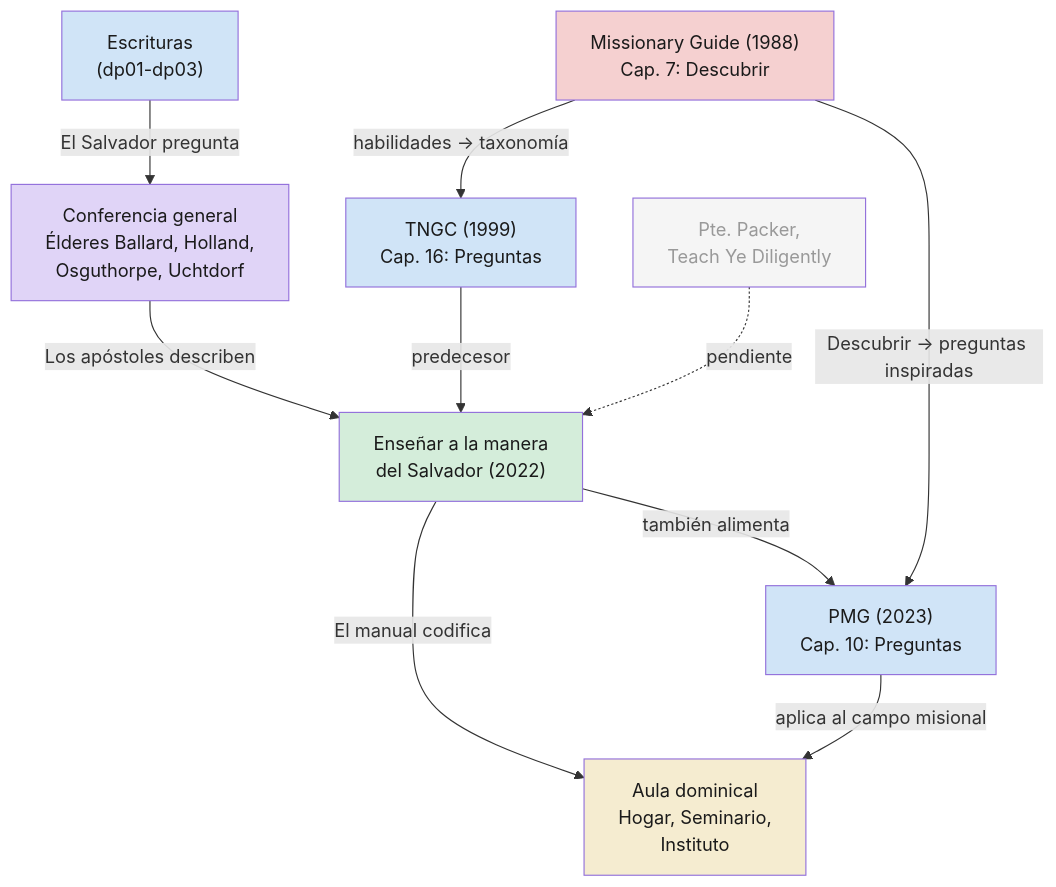
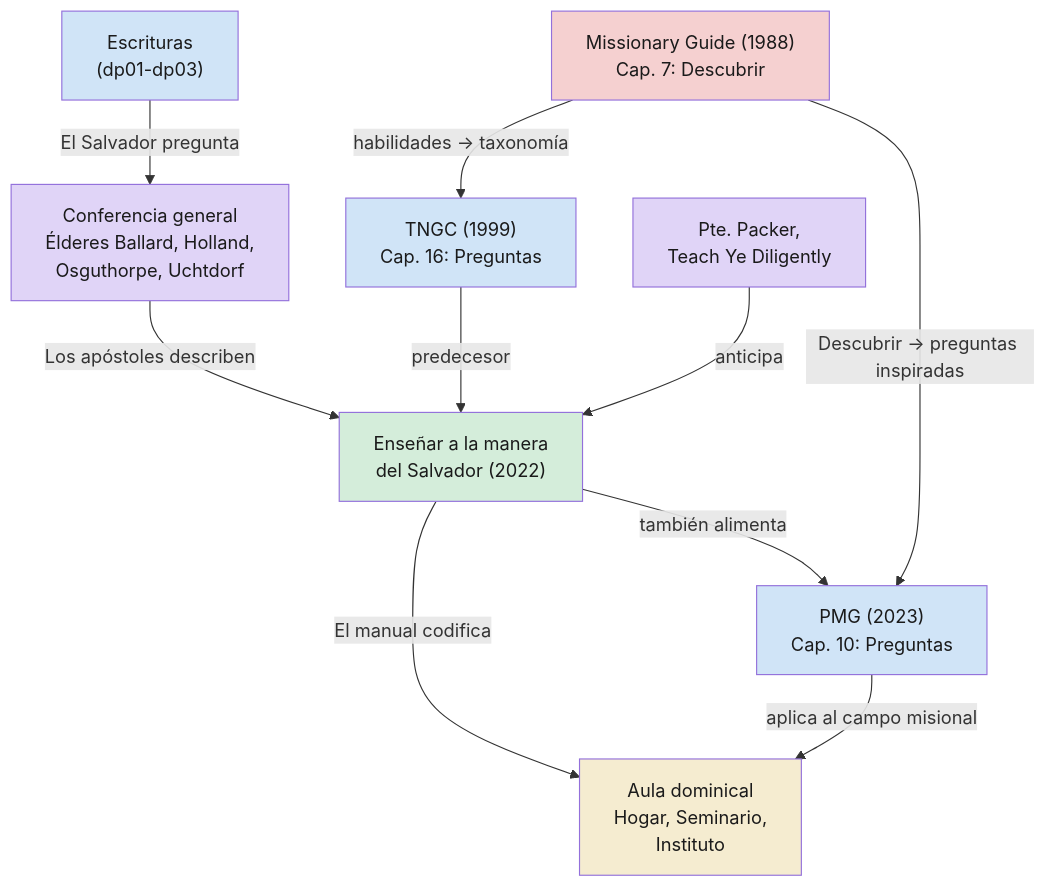
Before and after one commit to JPMarichal/kanoniko: the diagram in prods/dossiers/0009-dp04-uso-institucional.md, drawn with Mermaid. The commit also changed other lines of this file and 3 other files, not shown here.

````diff
--- a/prods/dossiers/0009-dp04-uso-institucional.md
+++ b/prods/dossiers/0009-dp04-uso-institucional.md
@@ -210,32 +230,32 @@
 ```mermaid
 graph TD
     ESC["Escrituras<br/>(dp01-dp03)"]
     CONF["Conferencia general<br/>Élderes Ballard, Holland,<br/>Osguthorpe, Uchtdorf"]
     MAN["Enseñar a la manera<br/>del Salvador (2022)"]
     AULA["Aula dominical<br/>Hogar, Seminario,<br/>Instituto"]
     
     ESC -->|"El Salvador pregunta"| CONF
     CONF -->|"Los apóstoles describen"| MAN
     MAN -->|"El manual codifica"| AULA
     
     MG["Missionary Guide (1988)<br/>Cap. 7: Descubrir"]
     TNGC["TNGC (1999)<br/>Cap. 16: Preguntas"]
     PMG["PMG (2023)<br/>Cap. 10: Preguntas"]
     PACK["Pte. Packer,<br/>Teach Ye Diligently"]
     
     MG -->|"habilidades → taxonomía"| TNGC
     TNGC -->|"predecesor"| MAN
-    PACK -.->|"pendiente"| MAN
+    PACK -->|"anticipa"| MAN
     PMG -->|"aplica al campo misional"| AULA
     MAN -->|"también alimenta"| PMG
     MG -->|"Descubrir → preguntas inspiradas"| PMG
     
     style ESC fill:#d0e4f7,color:#1a1a1a
     style CONF fill:#e0d4f7,color:#1a1a1a
     style MAN fill:#d4edda,color:#1a1a1a
     style AULA fill:#f5ecd0,color:#1a1a1a
     style MG fill:#f5d0d0,color:#1a1a1a
     style TNGC fill:#d0e4f7,color:#1a1a1a
     style PMG fill:#d0e4f7,color:#1a1a1a
-    style PACK fill:#f5f5f5,color:#999
+    style PACK fill:#e0d4f7,color:#1a1a1a
 ```
````
